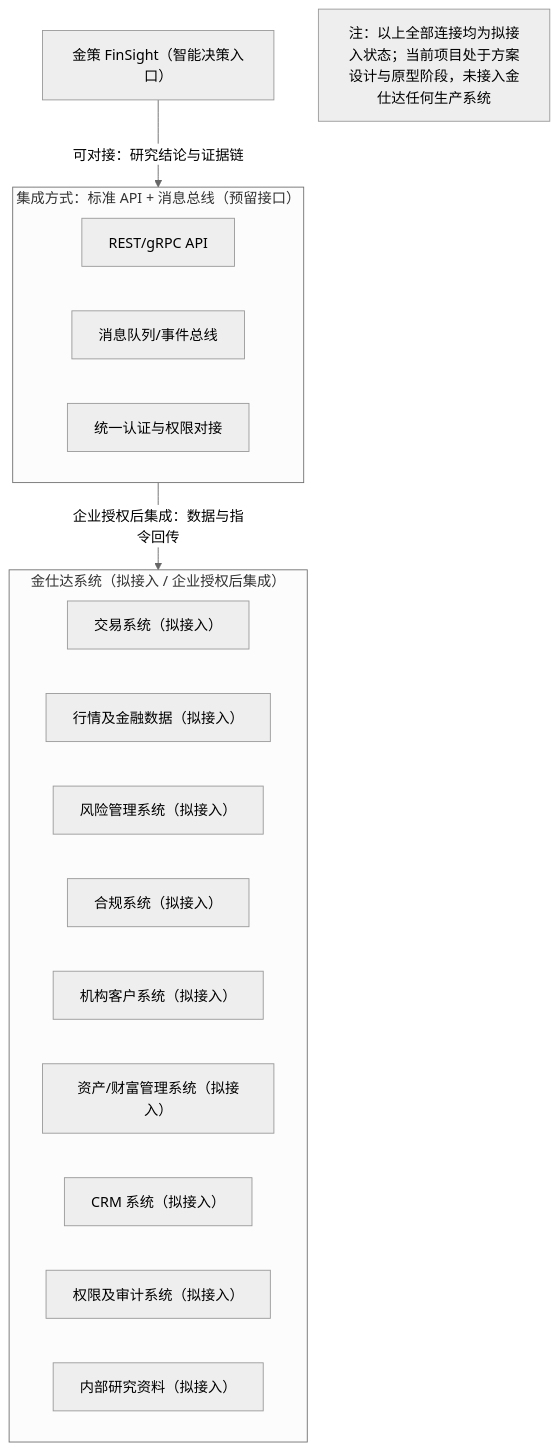
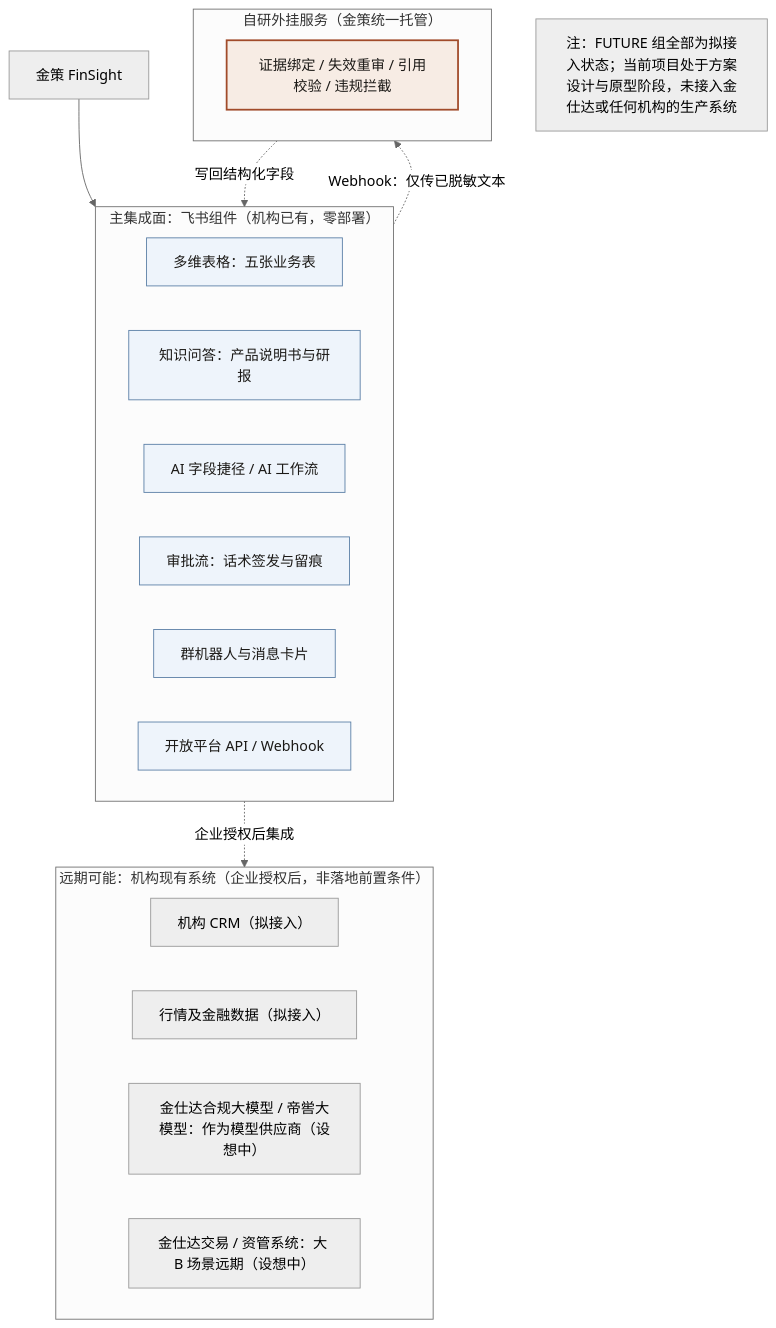
One commit to Ashi-10101/finsight-ai-finance-portfolio changed the eighth of 8 diagrams in docs/05_技术架构与业务流程.md. Above: the diagram before and after it, drawn with Mermaid (neutral theme). The commit also changed other lines of this file and 5 other files, not shown here.

````diff
--- a/docs/05_技术架构与业务流程.md
+++ b/docs/05_技术架构与业务流程.md
@@ -334,27 +353,36 @@
 ```mermaid
 flowchart TB
-    FS["金策 FinSight（智能决策入口）"]
+    FS["金策 FinSight"]
 
-    subgraph BUS["集成方式：标准 API + 消息总线（预留接口）"]
-        B1["REST/gRPC API"]
-        B2["消息队列/事件总线"]
-        B3["统一认证与权限对接"]
+    subgraph FEISHU["主集成面：飞书组件（机构已有，零部署）"]
+        F1["多维表格：五张业务表"]
+        F2["知识问答：产品说明书与研报"]
+        F3["AI 字段捷径 / AI 工作流"]
+        F4["审批流：话术签发与留痕"]
+        F5["群机器人与消息卡片"]
+        F6["开放平台 API / Webhook"]
     end
 
-    subgraph KS["金仕达系统（拟接入 / 企业授权后集成）"]
-        K1["交易系统（拟接入）"]
-        K2["行情及金融数据（拟接入）"]
-        K3["风险管理系统（拟接入）"]
-        K4["合规系统（拟接入）"]
-        K5["机构客户系统（拟接入）"]
-        K6["资产/财富管理系统（拟接入）"]
-        K7["CRM 系统（拟接入）"]
-        K8["权限及审计系统（拟接入）"]
-        K9["内部研究资料（拟接入）"]
+    subgraph EXT["自研外挂服务（金策统一托管）"]
+        X["证据绑定 / 失效重审 / 引用校验 / 违规拦截"]
     end
 
-    FS -->|可对接：研究结论与证据链| BUS
-    BUS -->|企业授权后集成：数据与指令回传| KS
+    subgraph FUTURE["远期可能：机构现有系统（企业授权后，非落地前置条件）"]
+        K1["机构 CRM（拟接入）"]
+        K2["行情及金融数据（拟接入）"]
+        K3["金仕达合规大模型 / 帝喾大模型：作为模型供应商（设想中）"]
+        K4["金仕达交易 / 资管系统：大 B 场景远期（设想中）"]
+    end
 
-    NOTE["注：以上全部连接均为拟接入状态；当前项目处于方案设计与原型阶段，未接入金仕达任何生产系统"]
+    FS --> FEISHU
+    FEISHU -.Webhook：仅传已脱敏文本.-> EXT
+    EXT -.写回结构化字段.-> FEISHU
+    FEISHU -.企业授权后集成.-> FUTURE
+
+    NOTE["注：FUTURE 组全部为拟接入状态；当前项目处于方案设计与原型阶段，未接入金仕达或任何机构的生产系统"]
+
+    classDef feishu fill:#eef4fb,stroke:#5b7fa6,color:#1c1a17
+    classDef custom fill:#f7ece4,stroke:#a14b2a,stroke-width:2px,color:#1c1a17
+    class F1,F2,F3,F4,F5,F6 feishu
+    class X custom
 ```
````
